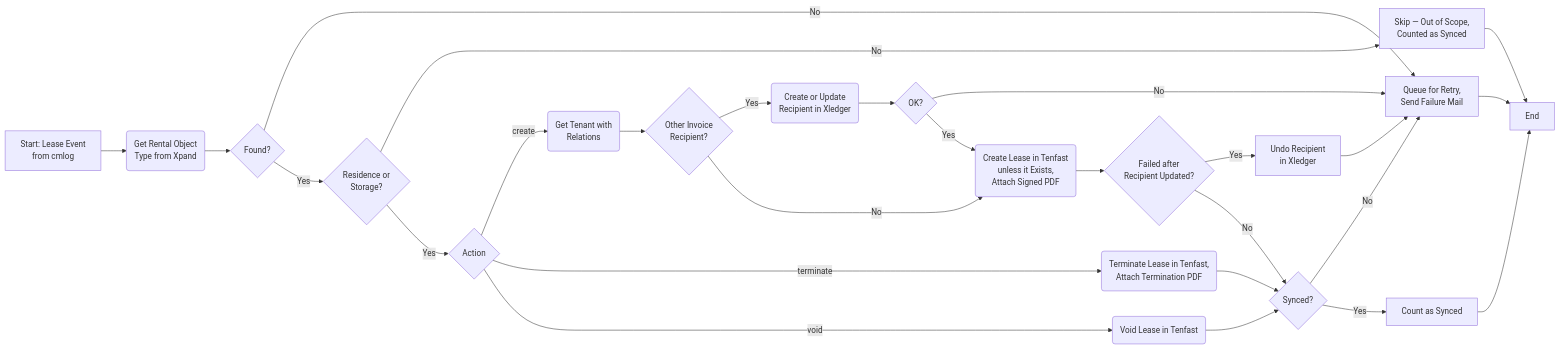
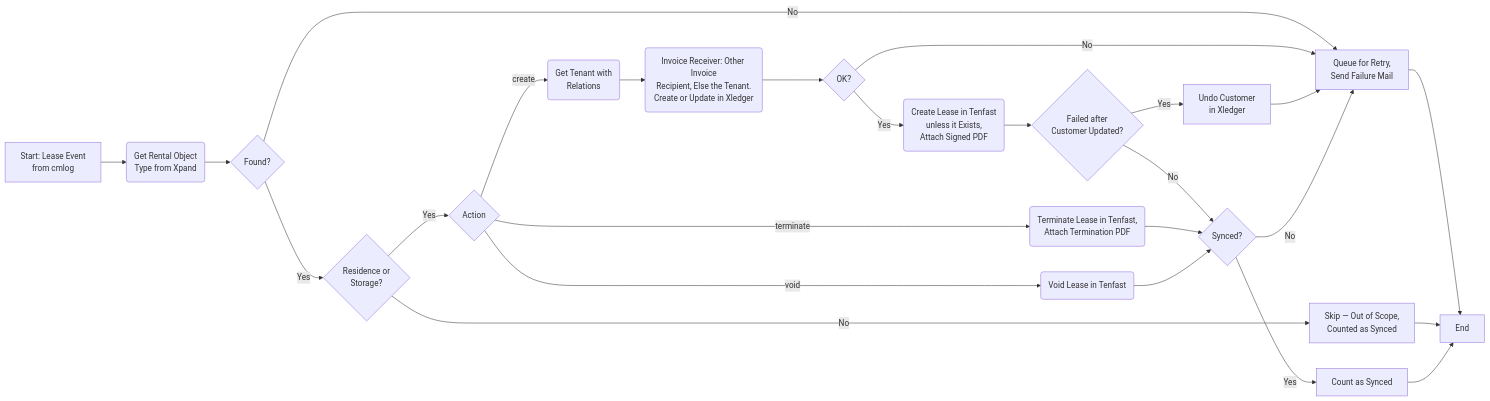
Before and after one commit to Bostads-AB-Mimer/onecore: the first of 2 diagrams in core/src/scripts/sync-leases/DOCS_Sync_Leases.md, drawn with Mermaid. The commit also changed other lines of this file and 2 other files, not shown here.

Commit message:
docs(core): sync-leases creates the invoice receiver in Xledger (AVTAL-540)

````diff
--- a/core/src/scripts/sync-leases/DOCS_Sync_Leases.md
+++ b/core/src/scripts/sync-leases/DOCS_Sync_Leases.md
@@ -105,29 +109,27 @@
 ```mermaid
 flowchart LR
 A[Start: Lease Event<br/>from cmlog] --> B(Get Rental Object<br/>Type from Xpand)
 B --> Bq{Found?}
 Bq --> |No| Q[Queue for Retry,<br/>Send Failure Mail]
 Bq --> |Yes| C{Residence or<br/>Storage?}
 C --> |No| S[Skip — Out of Scope,<br/>Counted as Synced]
 C --> |Yes| D{Action}
 D --> |create| E(Get Tenant with<br/>Relations)
-E --> Eq{Other Invoice<br/>Recipient?}
-Eq --> |Yes| F(Create or Update<br/>Recipient in Xledger)
-Eq --> |No| G
+E --> F(Invoice Receiver: Other Invoice<br/>Recipient, Else the Tenant.<br/>Create or Update in Xledger)
 F --> Fq{OK?}
 Fq --> |No| Q
 Fq --> |Yes| G(Create Lease in Tenfast<br/>unless it Exists,<br/>Attach Signed PDF)
-G --> Gq{Failed after<br/>Recipient Updated?}
-Gq --> |Yes| Ux[Undo Recipient<br/>in Xledger]
+G --> Gq{Failed after<br/>Customer Updated?}
+Gq --> |Yes| Ux[Undo Customer<br/>in Xledger]
 Ux --> Q
 D --> |terminate| H(Terminate Lease in Tenfast,<br/>Attach Termination PDF)
 D --> |void| I(Void Lease in Tenfast)
 Gq --> |No| R{Synced?}
 H --> R
 I --> R
 R --> |No| Q
 R --> |Yes| N[Count as Synced]
 Q --> Z[End]
 S --> Z
 N --> Z
 ```
````
